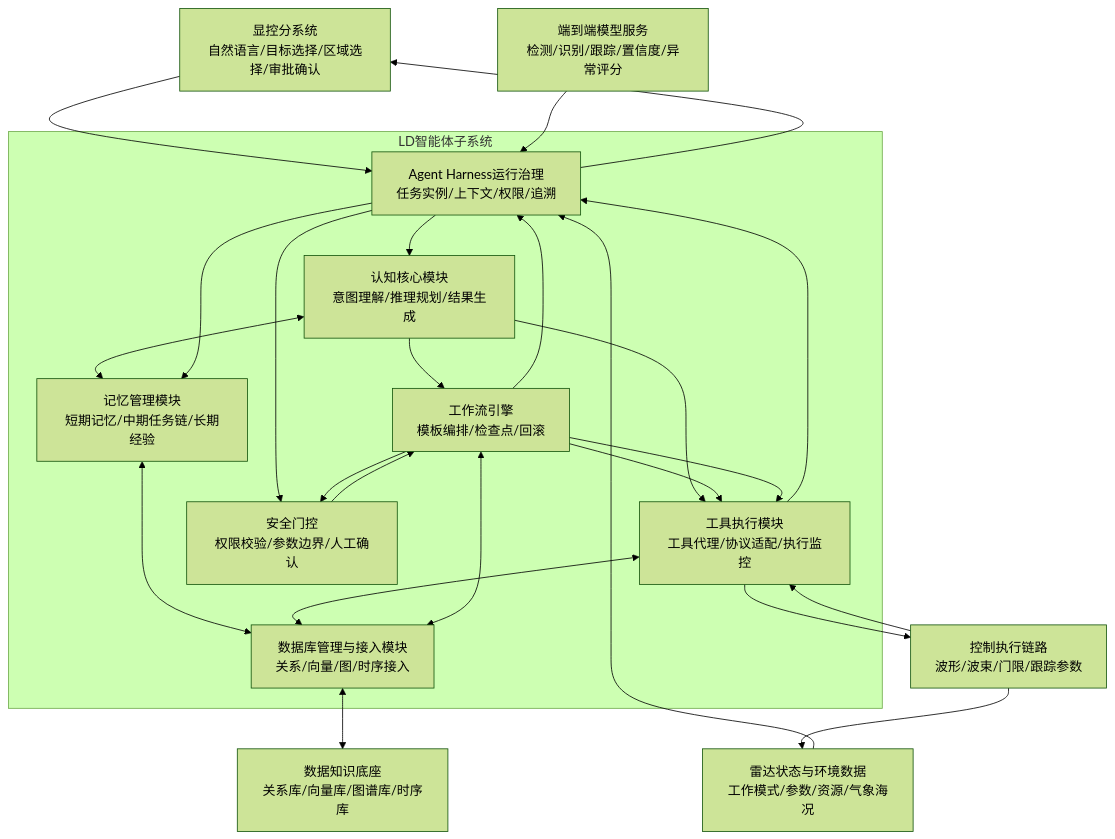
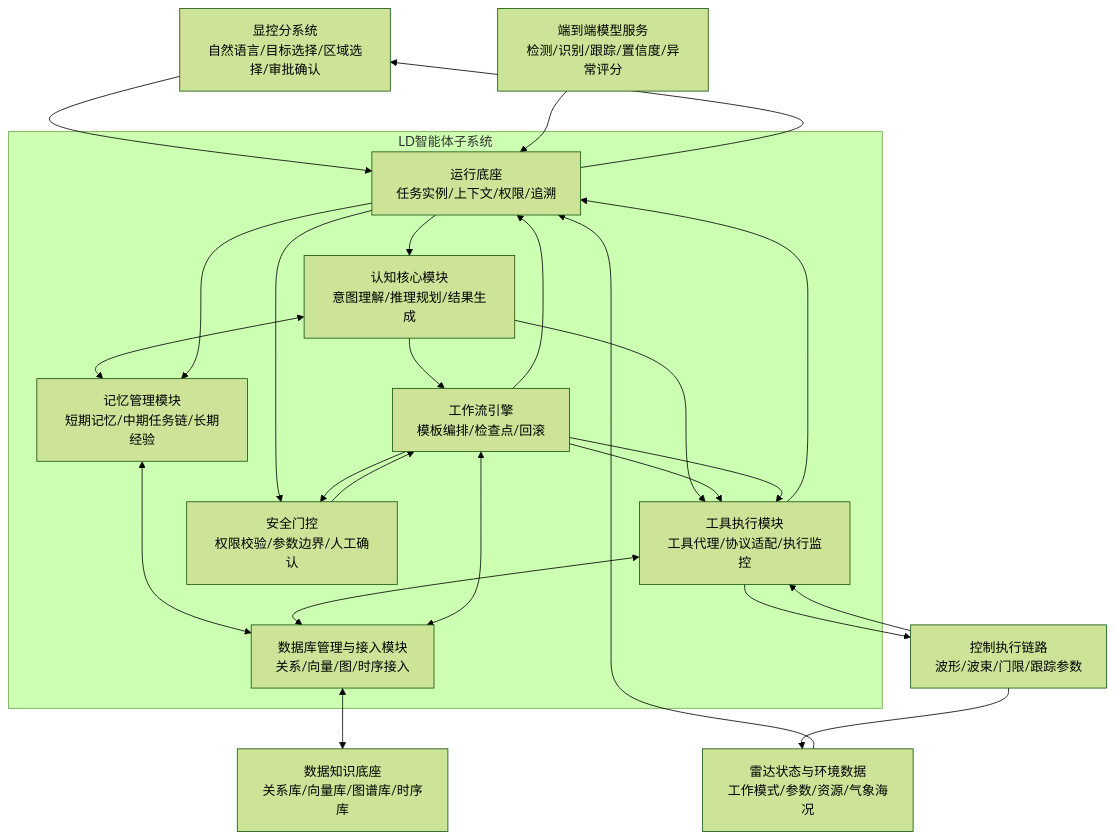
Before and after one commit to StormSeven1/obsidian-vault: the first of 7 diagrams in radar agent/4.3.3.2 LD智能体子系统技术方案.md, drawn with Mermaid (forest theme). The commit also changed other lines of this file, not shown here.

````diff
--- a/radar agent/4.3.3.2 LD智能体子系统技术方案.md
+++ b/radar agent/4.3.3.2 LD智能体子系统技术方案.md
@@ -21,42 +21,42 @@
 ```mermaid
 graph TB
     HMI[显控分系统<br/>自然语言/目标选择/区域选择/审批确认]
     MODEL[端到端模型服务<br/>检测/识别/跟踪/置信度/异常评分]
     STATUS[雷达状态与环境数据<br/>工作模式/参数/资源/气象海况]
     CONTROL[控制执行链路<br/>波形/波束/门限/跟踪参数]
     DATA[数据知识底座<br/>关系库/向量库/图谱库/时序库]
 
     subgraph AGENT[LD智能体子系统]
-        HARNESS[Agent Harness运行治理<br/>任务实例/上下文/权限/追溯]
+        HARNESS[运行底座<br/>任务实例/上下文/权限/追溯]
         COG[认知核心模块<br/>意图理解/推理规划/结果生成]
         MEM[记忆管理模块<br/>短期记忆/中期任务链/长期经验]
         TOOL[工具执行模块<br/>工具代理/协议适配/执行监控]
         FLOW[工作流引擎<br/>模板编排/检查点/回滚]
         DB[数据库管理与接入模块<br/>关系/向量/图/时序接入]
         GUARD[安全门控<br/>权限校验/参数边界/人工确认]
     end
 
     HMI --> HARNESS
     MODEL --> HARNESS
     STATUS --> HARNESS
     HARNESS --> COG
     COG <--> MEM
     MEM <--> DB
     COG --> TOOL
     COG --> FLOW
     FLOW --> TOOL
     TOOL <--> DB
     FLOW <--> DB
     DB <--> DATA
     HARNESS --> GUARD
     FLOW --> GUARD
     GUARD --> FLOW
     FLOW --> TOOL
     TOOL --> CONTROL
     CONTROL --> TOOL
     CONTROL --> STATUS
     TOOL --> HARNESS
     FLOW --> HARNESS
     HARNESS --> HMI
     HARNESS --> MEM
 ```
````
